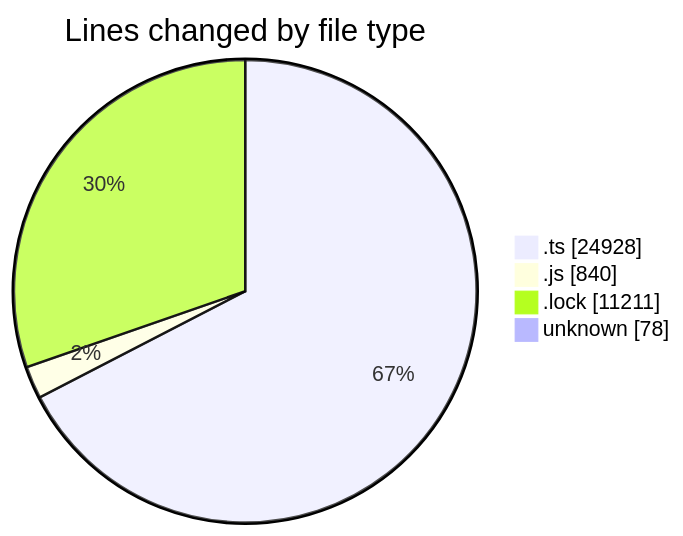
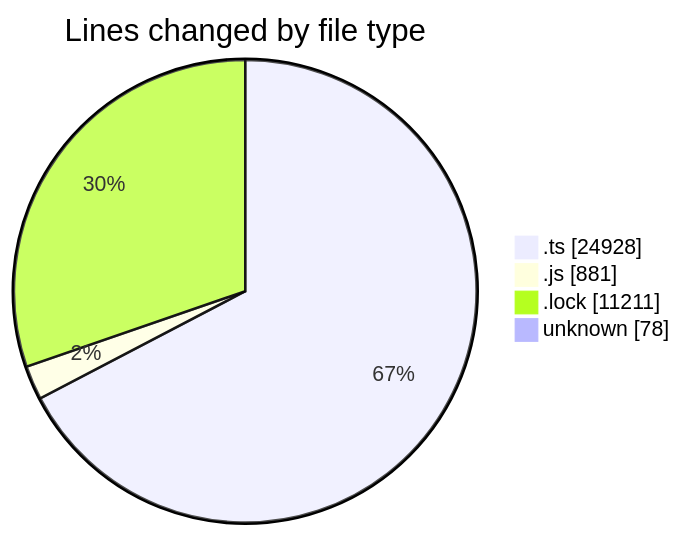
One commit to momahboobian/code-tracking changed the first of 2 diagrams in 2025-05-20/cda/README.md. Above: the diagram before and after it, drawn with Mermaid. The commit also changed other lines of this file and 1 other file, not shown here.

````diff
--- a/2025-05-20/cda/README.md
+++ b/2025-05-20/cda/README.md
@@ -36,8 +38,8 @@
 ```mermaid
 pie showData
 title Lines changed by file type
 ".ts" : 24928
-".js" : 840
+".js" : 881
 ".lock" : 11211
 "unknown" : 78
 ```
````
